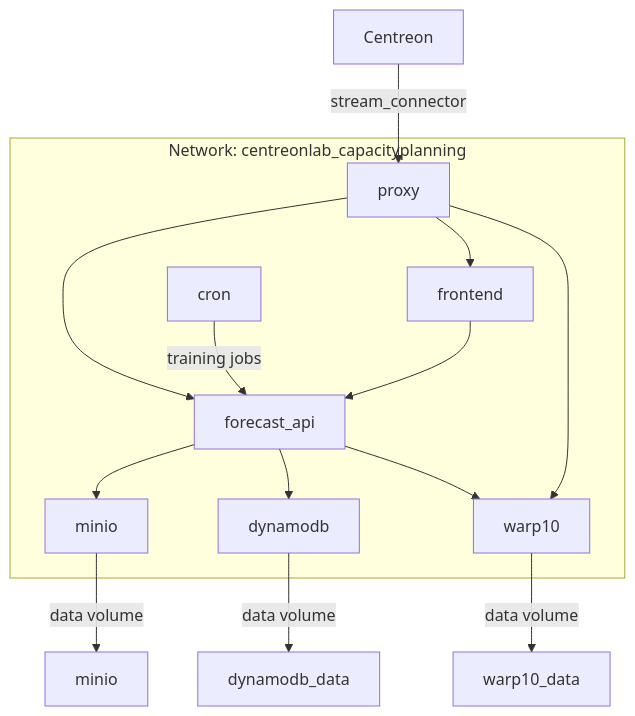
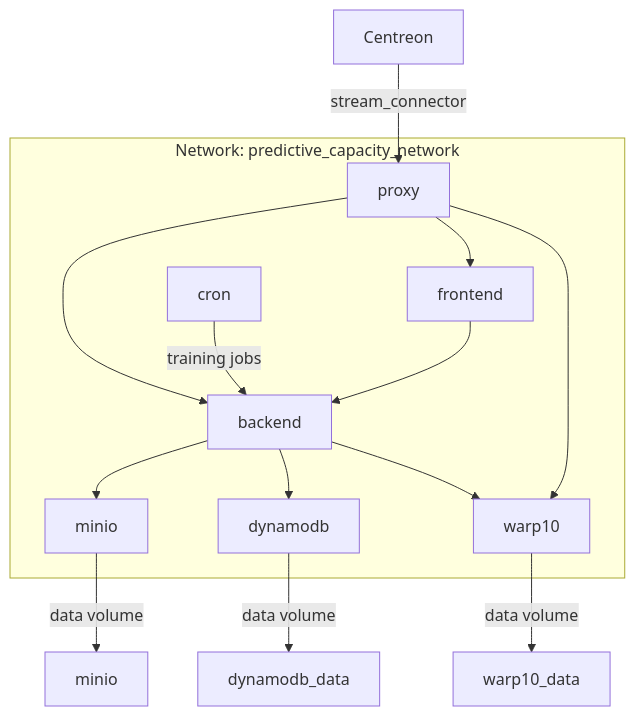
Before and after one commit to CentreonLabs/predictive-capacity: the diagram in README.md, drawn with Mermaid. The commit also changed 26 other files, not shown here.

````diff
--- a/README.md
+++ b/README.md
@@ -94,37 +94,37 @@
 ```mermaid
 graph TD
   Centreon[Centreon]
   dynamodb[dynamodb]
   minio[minio]
   warp10[warp10]
   proxy[proxy]
-  forecast_api[forecast_api]
+  backend[backend]
   frontend[frontend]
   cron[cron]
   
   dynamodb -->|data volume| dynamodb_data[dynamodb_data]
   minio -->|data volume| minio_data[minio]
   warp10 -->|data volume| warp10_data[warp10_data]
   
   Centreon --> |stream_connector|proxy
-  proxy -->  forecast_api
+  proxy -->  backend
   proxy -->  frontend
   proxy -->  warp10
 
-  forecast_api --> minio
-  forecast_api --> dynamodb
-  forecast_api --> warp10
+  backend --> minio
+  backend --> dynamodb
+  backend --> warp10
   
-  frontend --> forecast_api
-  cron --> |training jobs| forecast_api
+  frontend --> backend
+  cron --> |training jobs| backend
   
-  subgraph "Network: centreonlab_capacityplanning"
+  subgraph "Network: predictive_capacity_network"
     dynamodb
     minio
     warp10
     proxy
-    forecast_api
+    backend
     frontend
     cron
   end
 ```
````
